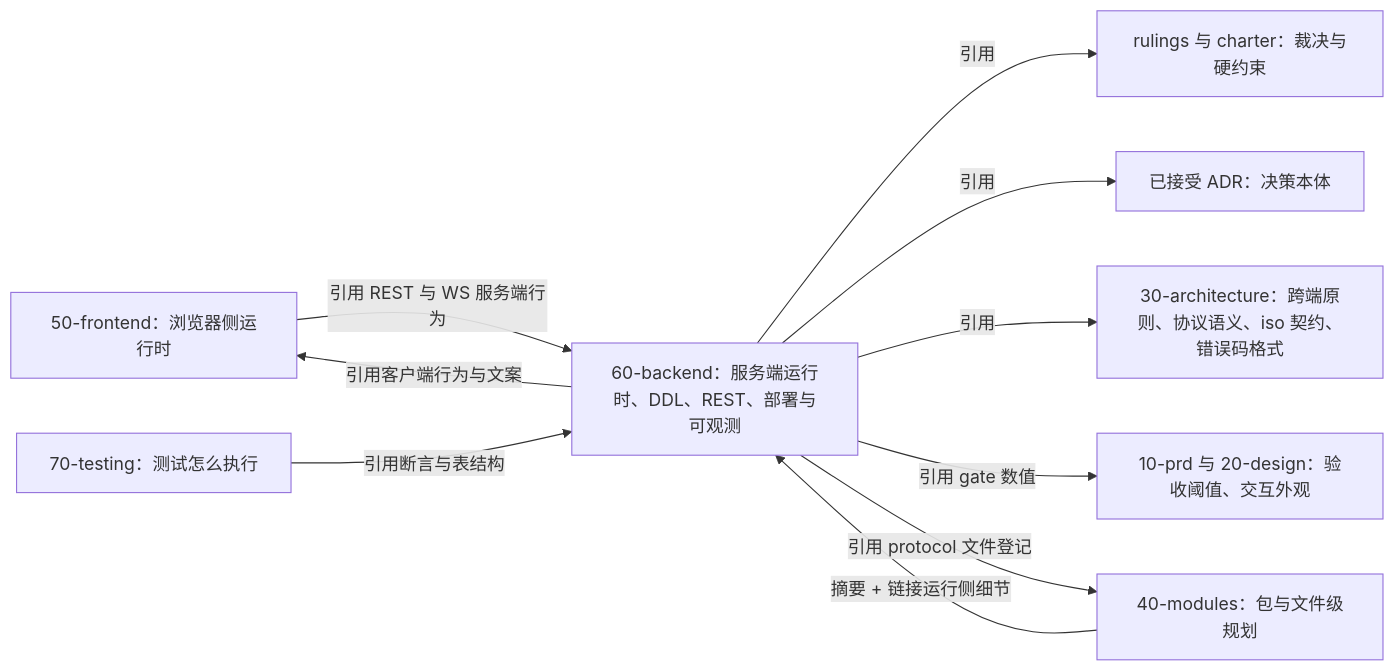
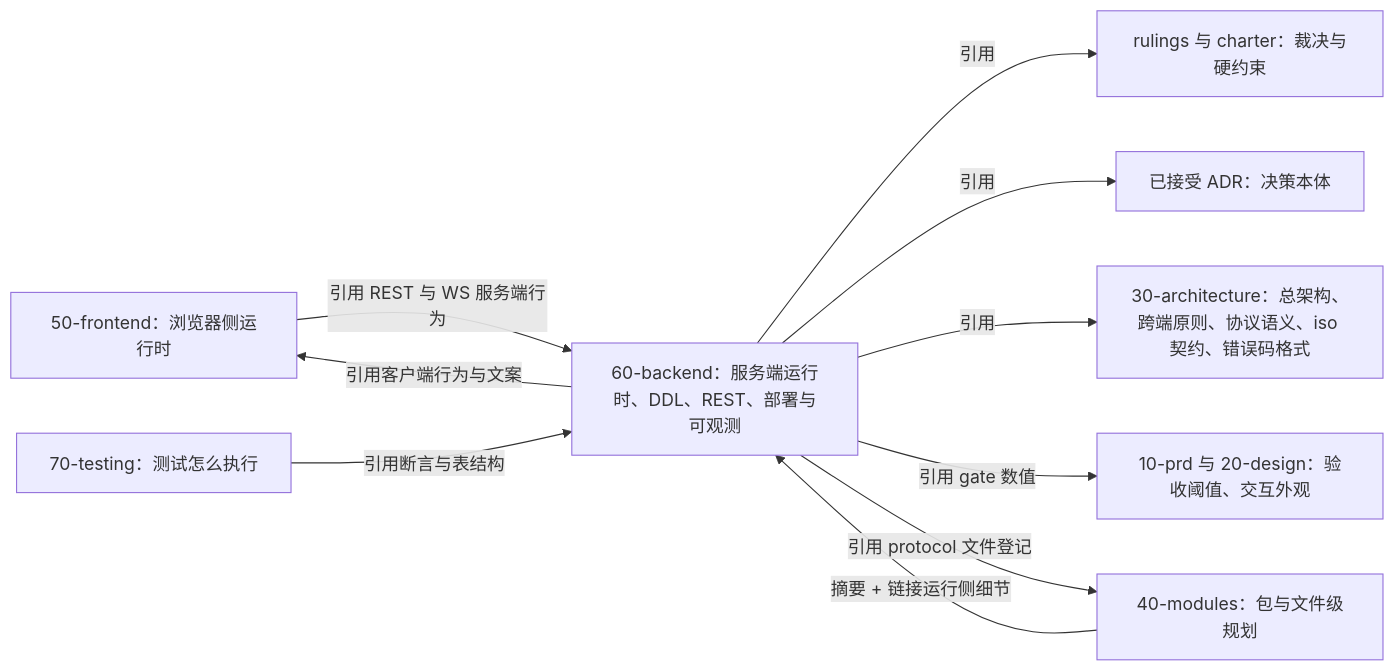
One commit to Xeonice/cordis-ppt-editor changed the first of 2 diagrams in docs/60-backend/README.md. Above: the diagram before and after it, drawn with Mermaid. The commit also changed other lines of this file and 19 other files, not shown here.

````diff
--- a/docs/60-backend/README.md
+++ b/docs/60-backend/README.md
@@ -14,18 +14,18 @@
 ```mermaid
 flowchart LR
   rulings["rulings 与 charter：裁决与硬约束"]
   adr["已接受 ADR：决策本体"]
-  arch["30-architecture：跨端原则、协议语义、iso 契约、错误码格式"]
+  arch["30-architecture：总架构、跨端原则、协议语义、iso 契约、错误码格式"]
   prd["10-prd 与 20-design：验收阈值、交互外观"]
   fe["50-frontend：浏览器侧运行时"]
   be["60-backend：服务端运行时、DDL、REST、部署与可观测"]
   te["70-testing：测试怎么执行"]
   mods["40-modules：包与文件级规划"]
   be -- "引用" --> rulings & adr & arch
   be -- "引用 gate 数值" --> prd
   be -- "引用 protocol 文件登记" --> mods
   fe -- "引用 REST 与 WS 服务端行为" --> be
   be -- "引用客户端行为与文案" --> fe
   te -- "引用断言与表结构" --> be
   mods -- "摘要 + 链接运行侧细节" --> be
 ```
````
